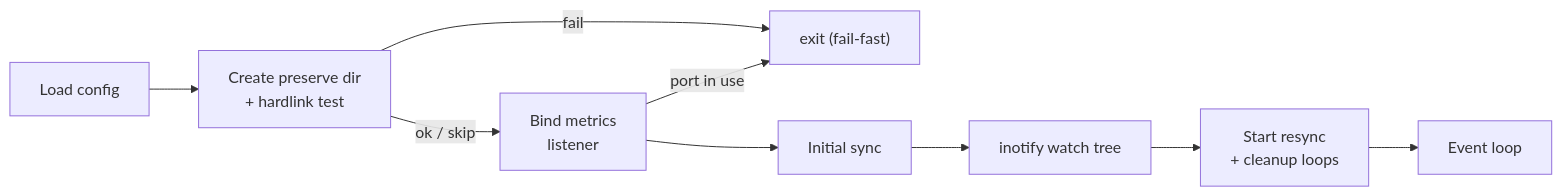
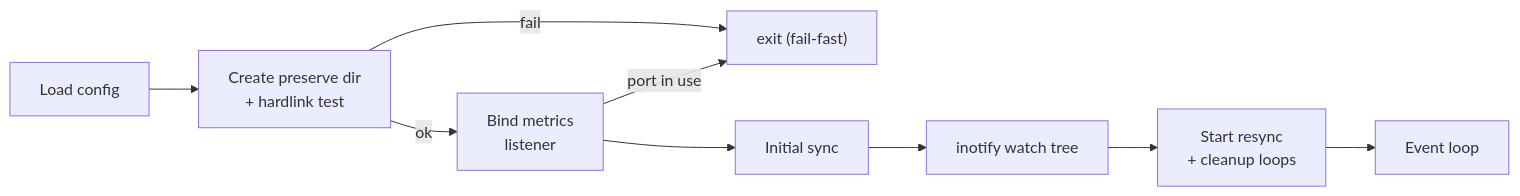
Before and after one commit to AkashiSN/pod-log-preserver: the second of 2 diagrams in docs/specification/05-implementation.md, drawn with Mermaid. The commit also changed other lines of this file and 9 other files, not shown here.

````diff
--- a/docs/specification/05-implementation.md
+++ b/docs/specification/05-implementation.md
@@ -63,11 +66,11 @@
 ```mermaid
 flowchart LR
     a["Load config"] --> b["Create preserve dir<br/>+ hardlink test"]
     b -->|fail| x["exit (fail-fast)"]
-    b -->|"ok / skip"| m["Bind metrics<br/>listener"]
+    b -->|ok| m["Bind metrics<br/>listener"]
     m -->|"port in use"| x
     m --> c["Initial sync"]
     c --> d["inotify watch tree"]
     d --> e["Start resync<br/>+ cleanup loops"]
     e --> f["Event loop"]
 ```
````
